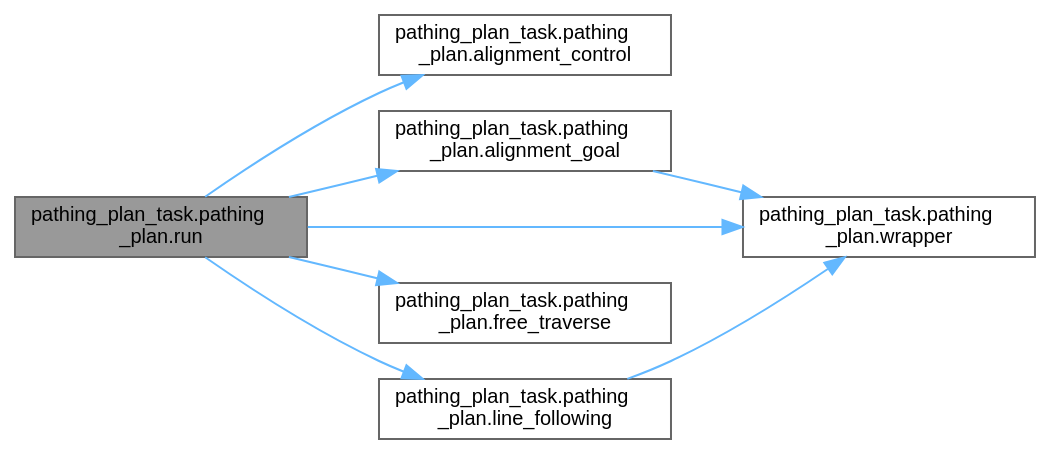
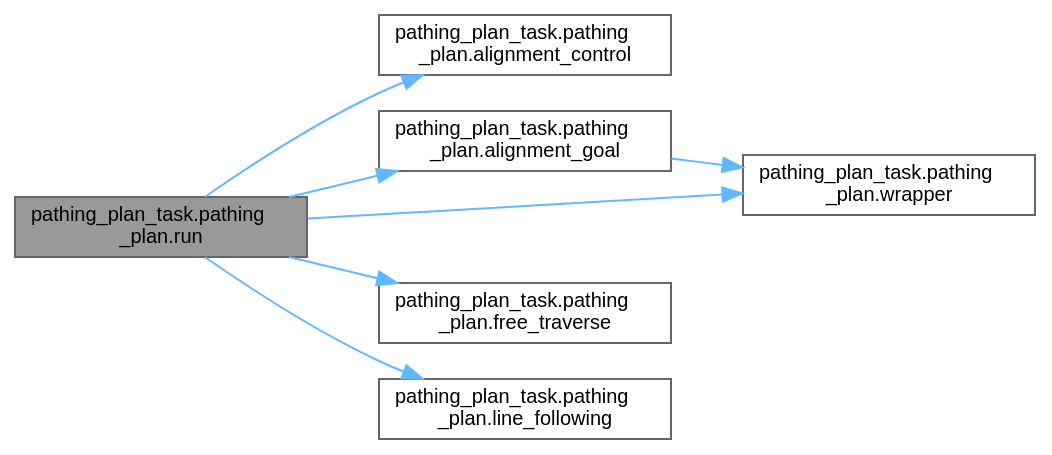
The diagram in docs/classpathing__plan__task_1_1pathing__plan_a50ae901bf0f81f3057545b804b84b2a4_cgraph.dot (elheuchert/ME-405-Romi), drawn with Graphviz before and after one commit. The commit also changed 139 other files, not shown here.

```diff
--- a/docs/classpathing__plan__task_1_1pathing__plan_a50ae901bf0f81f3057545b804b84b2a4_cgraph.dot
+++ b/docs/classpathing__plan__task_1_1pathing__plan_a50ae901bf0f81f3057545b804b84b2a4_cgraph.dot
@@ -1,21 +1,20 @@
 digraph "pathing_plan_task.pathing_plan.run"
 {
  // LATEX_PDF_SIZE
   bgcolor="transparent";
   edge [fontname=Helvetica,fontsize=10,labelfontname=Helvetica,labelfontsize=10];
   node [fontname=Helvetica,fontsize=10,shape=box,height=0.2,width=0.4];
   rankdir="LR";
   Node1 [id="Node000001",label="pathing_plan_task.pathing\l_plan.run",height=0.2,width=0.4,color="gray40", fillcolor="grey60", style="filled", fontcolor="black",tooltip=" "];
   Node1 -> Node2 [id="edge1_Node000001_Node000002",color="steelblue1",style="solid",tooltip=" "];
   Node2 [id="Node000002",label="pathing_plan_task.pathing\l_plan.alignment_control",height=0.2,width=0.4,color="grey40", fillcolor="white", style="filled",URL="$classpathing__plan__task_1_1pathing__plan.html#a29b99a247d490f7e9d969d3622cd4500",tooltip=" "];
   Node1 -> Node3 [id="edge2_Node000001_Node000003",color="steelblue1",style="solid",tooltip=" "];
   Node3 [id="Node000003",label="pathing_plan_task.pathing\l_plan.alignment_goal",height=0.2,width=0.4,color="grey40", fillcolor="white", style="filled",URL="$classpathing__plan__task_1_1pathing__plan.html#a7cabe7403a1b005a063a5fd59b557e8e",tooltip=" "];
   Node3 -> Node4 [id="edge3_Node000003_Node000004",color="steelblue1",style="solid",tooltip=" "];
   Node4 [id="Node000004",label="pathing_plan_task.pathing\l_plan.wrapper",height=0.2,width=0.4,color="grey40", fillcolor="white", style="filled",URL="$classpathing__plan__task_1_1pathing__plan.html#ad08c3360eb952dab07e98c69169c43b5",tooltip=" "];
   Node1 -> Node5 [id="edge4_Node000001_Node000005",color="steelblue1",style="solid",tooltip=" "];
-  Node5 [id="Node000005",label="pathing_plan_task.pathing\l_plan.free_traverse",height=0.2,width=0.4,color="grey40", fillcolor="white", style="filled",URL="$classpathing__plan__task_1_1pathing__plan.html#a2846b46235f46f34c45cb0d19f18619c",tooltip=" "];
+  Node5 [id="Node000005",label="pathing_plan_task.pathing\l_plan.free_traverse",height=0.2,width=0.4,color="grey40", fillcolor="white", style="filled",URL="$classpathing__plan__task_1_1pathing__plan.html#aa2e83fa62bb08fdfc4c34e9ab2c8f0f4",tooltip=" "];
   Node1 -> Node6 [id="edge5_Node000001_Node000006",color="steelblue1",style="solid",tooltip=" "];
   Node6 [id="Node000006",label="pathing_plan_task.pathing\l_plan.line_following",height=0.2,width=0.4,color="grey40", fillcolor="white", style="filled",URL="$classpathing__plan__task_1_1pathing__plan.html#afdc5715b2647cb1fe291cb542f25e686",tooltip=" "];
-  Node6 -> Node4 [id="edge6_Node000006_Node000004",color="steelblue1",style="solid",tooltip=" "];
-  Node1 -> Node4 [id="edge7_Node000001_Node000004",color="steelblue1",style="solid",tooltip=" "];
+  Node1 -> Node4 [id="edge6_Node000001_Node000004",color="steelblue1",style="solid",tooltip=" "];
 }
```
